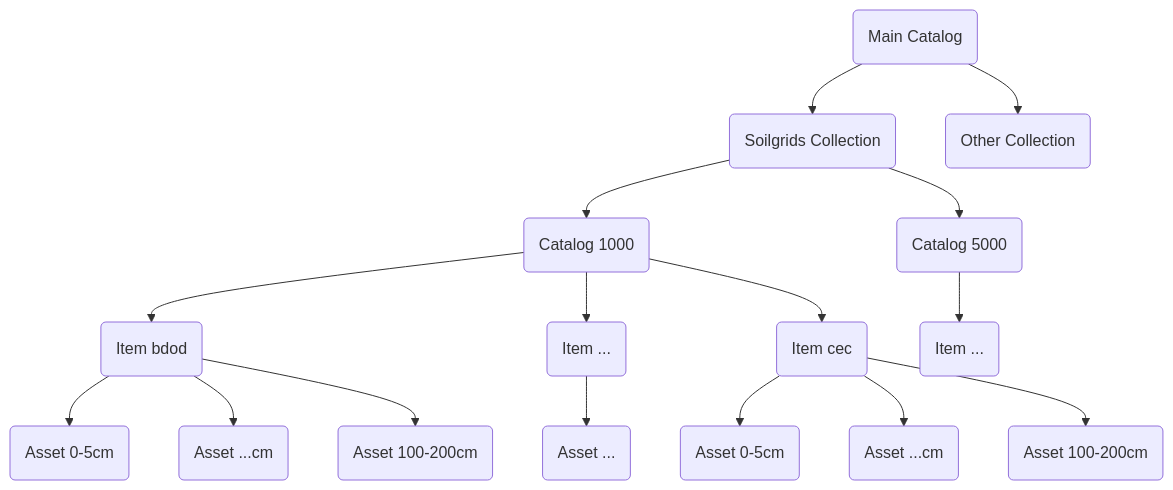
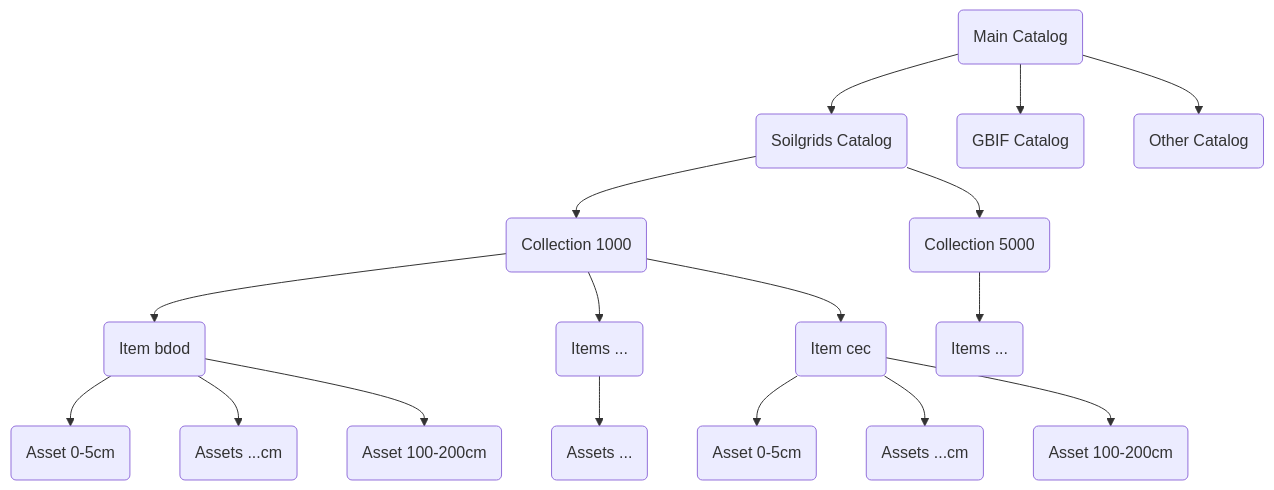
The second of 2 diagrams in openeo/README.md (Biodiversity-Meets-Data/WP2-data-catalog), drawn with Mermaid before and after one commit. The commit also changed 5 other files, not shown here.

Commit message:
multiple assets per item: first implementation

````diff
--- a/openeo/README.md
+++ b/openeo/README.md
@@ -98,19 +98,20 @@
 ```mermaid
 flowchart TD
-  C1(Main Catalog)
-  C1 --> C2(Soilgrids Collection)
-  C1 --> C3(Other Collection)
-  C2 --> Cat1000(Catalog 1000)
-  C2 --> Cat5000(Catalog 5000)
-  Cat1000 --> I1_bdod(Item bdod)
-  Cat1000 --> I1_other(Item ...)
-  Cat1000 --> I1_cec(Item cec)
+  C1_1(Main Catalog)
+  C1_1 --> C2_1(Soilgrids Catalog)
+  C1_1 --> C2_2(GBIF Catalog)
+  C1_1 --> C2_3(Other Catalog)
+  C2_1 --> C3_1(Collection 1000)
+  C2_1 --> C3_2(Collection 5000)
+  C3_1 --> I1_bdod(Item bdod)
+  C3_1 --> I1_other(Items ...)
+  C3_1 --> I1_cec(Item cec)
   I1_bdod --> A1_bdod(Asset 0-5cm)
-  I1_bdod --> A2_bdod(Asset ...cm)
+  I1_bdod --> A2_bdod(Assets ...cm)
   I1_bdod --> A3_bdod(Asset 100-200cm)
   I1_cec --> A1_cec(Asset 0-5cm)
-  I1_cec --> A2_cec(Asset ...cm)
+  I1_cec --> A2_cec(Assets ...cm)
   I1_cec --> A3_cec(Asset 100-200cm)
-  I1_other --> A1_other(Asset ...)
-  Cat5000 --> I2_bdod(Item ...)
+  I1_other --> A1_other(Assets ...)
+  C3_2 --> I2_bdod(Items ...)
 ```
````
